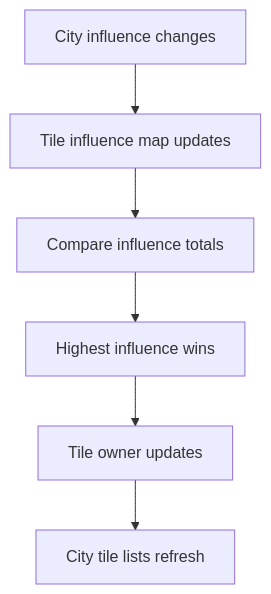
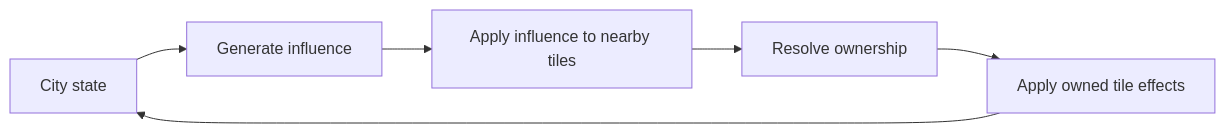
The third of 4 diagrams in docs/variablesoverview.md (gram12321/tileideas), drawn with Mermaid before and after one commit. The commit also changed other lines of this file and 15 other files, not shown here.

````diff
--- a/docs/variablesoverview.md
+++ b/docs/variablesoverview.md
@@ -52,8 +77,8 @@
 ```mermaid
-flowchart TD
-  A[City influence changes] --> B[Tile influence map updates]
-  B --> C[Compare influence totals]
-  C --> D[Highest influence wins]
-  D --> E[Tile owner updates]
-  E --> F[City tile lists refresh]
+flowchart LR
+  A[City state] --> B[Generate influence]
+  B --> C[Apply influence to nearby tiles]
+  C --> D[Resolve ownership]
+  D --> E[Apply owned tile effects]
+  E --> A
 ```
````
